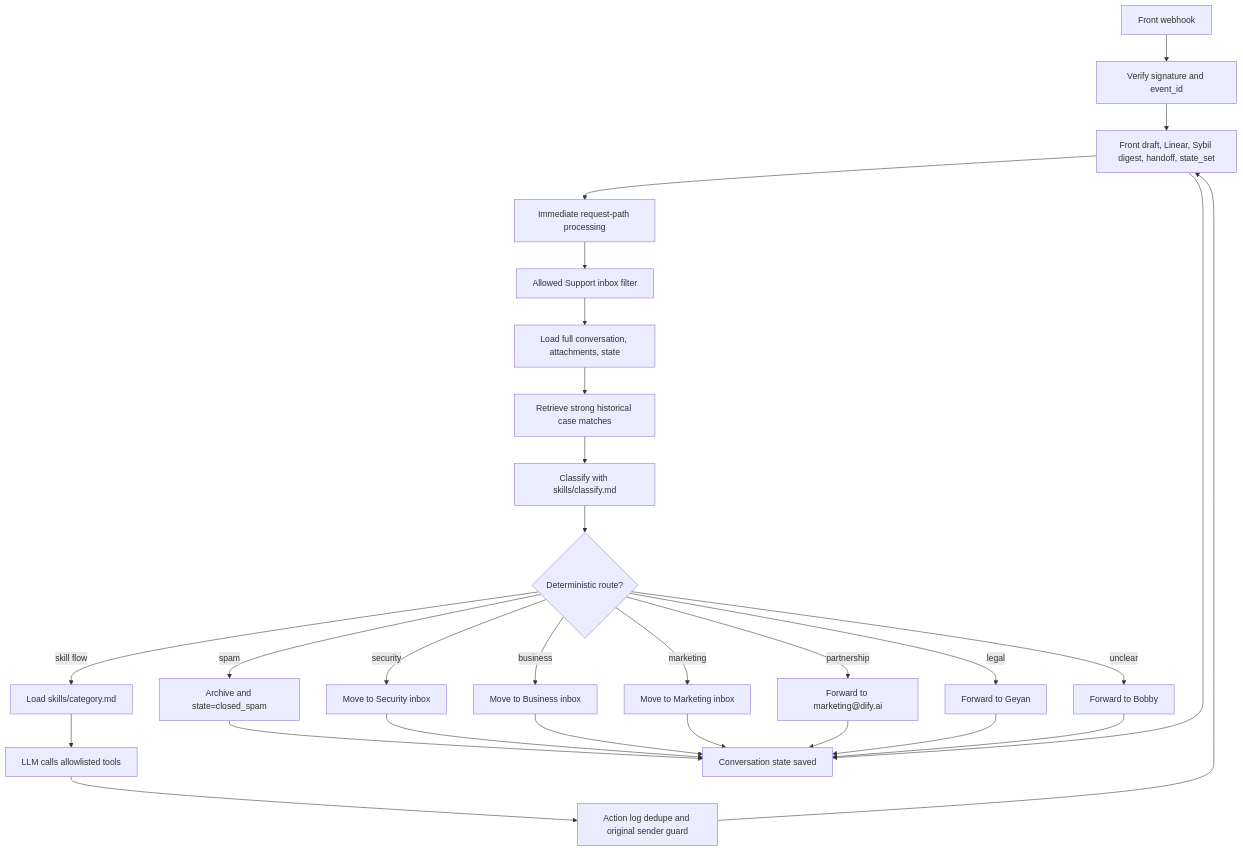
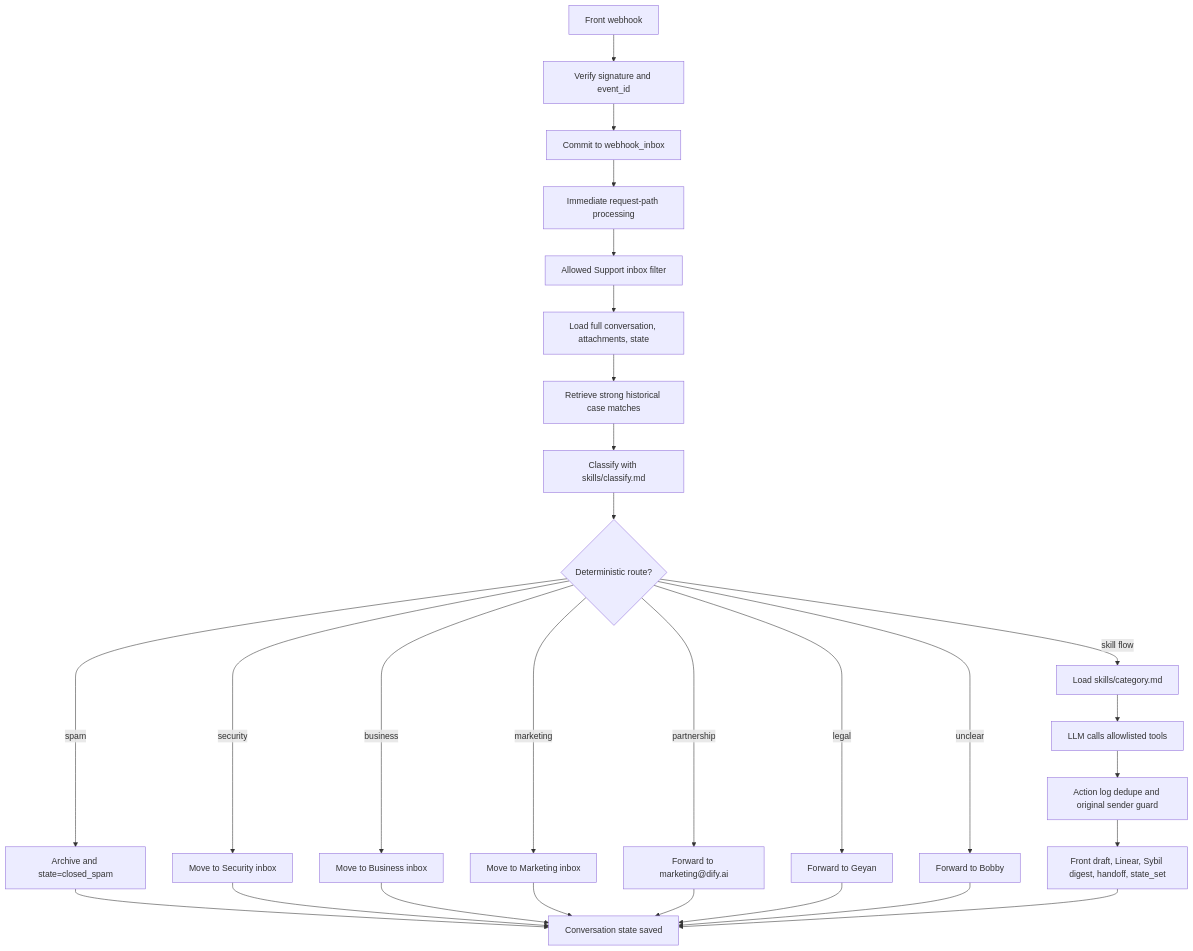
One commit to Gmasterzhangxinyang/Front-Agent changed the first of 2 diagrams in README.md. Above: the diagram before and after it, drawn with Mermaid.

Commit message:
docs: fix webhook recovery flow diagram

````diff
--- a/README.md
+++ b/README.md
@@ -26,30 +26,30 @@
 ```mermaid
 flowchart TD
     A[Front webhook] --> B[Verify signature and event_id]
-    B --> Q[Commit to webhook_inbox]
-    Q --> C[Immediate request-path processing]
+    B --> WI[Commit to webhook_inbox]
+    WI --> C[Immediate request-path processing]
     C --> D0[Allowed Support inbox filter]
     D0 --> D[Load full conversation, attachments, state]
     D --> CM[Retrieve strong historical case matches]
     CM --> E[Classify with skills/classify.md]
     E --> F{Deterministic route?}
     F -->|spam| G[Archive and state=closed_spam]
     F -->|security| H[Move to Security inbox]
     F -->|business| I[Move to Business inbox]
     F -->|marketing| J[Move to Marketing inbox]
     F -->|partnership| K[Forward to marketing@dify.ai]
     F -->|legal| L[Forward to Geyan]
     F -->|unclear| M[Forward to Bobby]
     F -->|skill flow| N[Load skills/category.md]
     N --> O[LLM calls allowlisted tools]
     O --> P[Action log dedupe and original sender guard]
     P --> Q[Front draft, Linear, Sybil digest, handoff, state_set]
     G --> R[Conversation state saved]
     H --> R
     I --> R
     J --> R
     K --> R
     L --> R
     M --> R
     Q --> R
 ```
````
